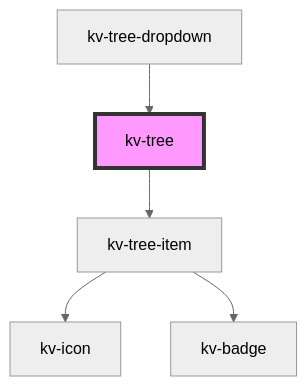
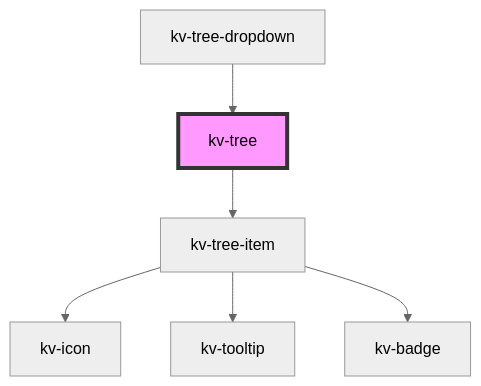
One commit to kelvininc/ui-components changed the diagram in packages/ui-components/src/components/tree/readme.md. Above: the diagram before and after it, drawn with Mermaid (neutral theme). The commit also changed other lines of this file and 12 other files, not shown here.

Commit message:
feat(tree-dropdown): add tooltip to label [KMAPS-522,KMAPS-523]

````diff
--- a/packages/ui-components/src/components/tree/readme.md
+++ b/packages/ui-components/src/components/tree/readme.md
@@ -159,8 +160,9 @@
 ```mermaid
 graph TD;
   kv-tree --> kv-tree-item
   kv-tree-item --> kv-icon
+  kv-tree-item --> kv-tooltip
   kv-tree-item --> kv-badge
   kv-tree-dropdown --> kv-tree
   style kv-tree fill:#f9f,stroke:#333,stroke-width:4px
 ```
````
